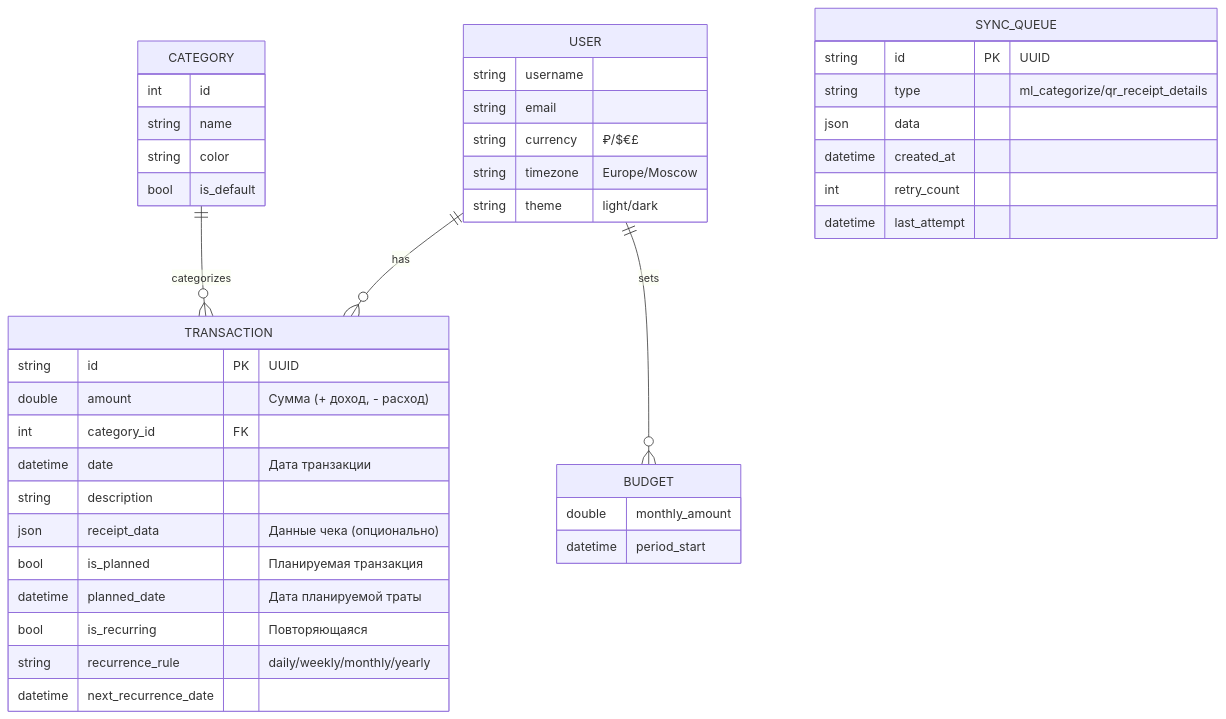
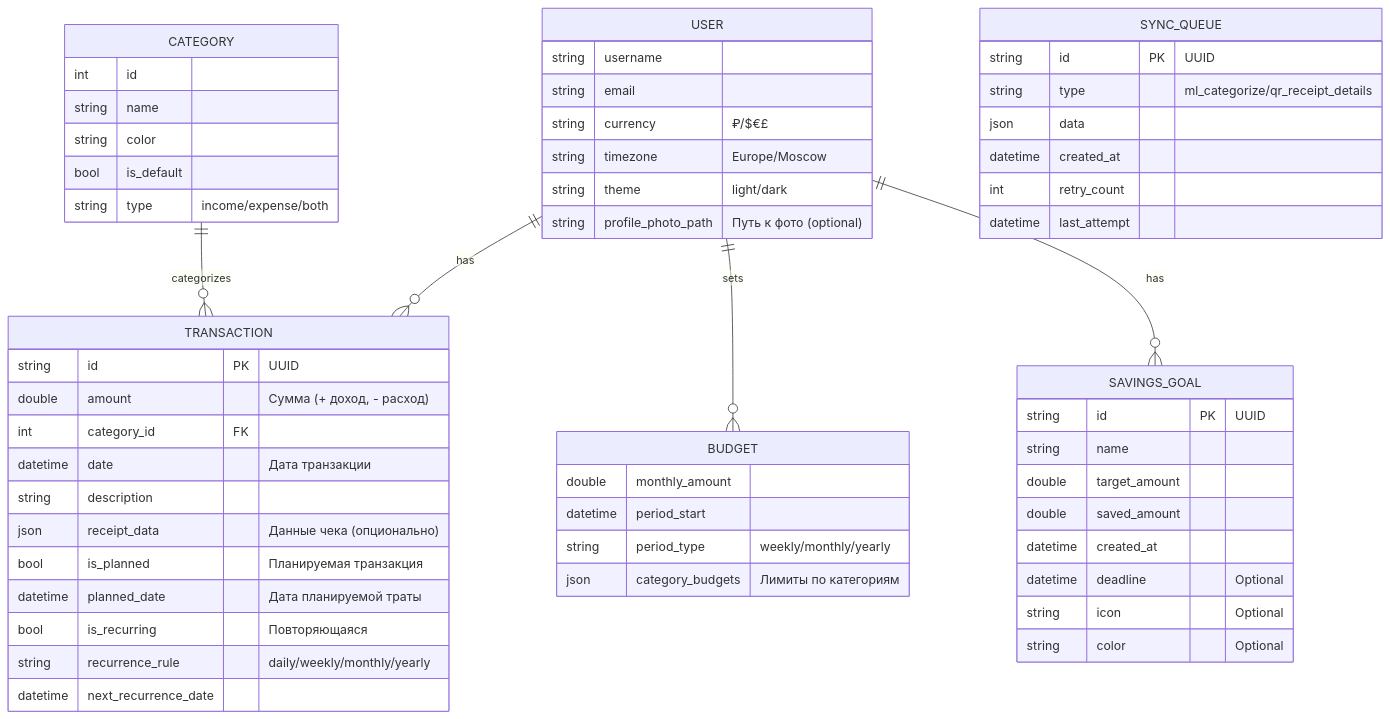
Before and after one commit to LiebeBleck/FinWise_v2: the third of 14 diagrams in README.md, drawn with Mermaid.

Commit message:
Fix ER diagram: add profilePhotoPath, periodType, categoryBudgets, SavingsGoal

````diff
--- a/README.md
+++ b/README.md
@@ -198,49 +198,65 @@
 ```mermaid
 erDiagram
     USER ||--o{ TRANSACTION : has
     USER ||--o{ BUDGET : sets
+    USER ||--o{ SAVINGS_GOAL : has
     CATEGORY ||--o{ TRANSACTION : categorizes
 
     USER {
         string username
         string email
         string currency "₽/$€£"
         string timezone "Europe/Moscow"
         string theme "light/dark"
+        string profile_photo_path "Путь к фото (optional)"
     }
 
     CATEGORY {
         int id
         string name
         string color
         bool is_default
+        string type "income/expense/both"
     }
 
     TRANSACTION {
         string id PK "UUID"
         double amount "Сумма (+ доход, - расход)"
         int category_id FK
         datetime date "Дата транзакции"
         string description
         json receipt_data "Данные чека (опционально)"
         bool is_planned "Планируемая транзакция"
         datetime planned_date "Дата планируемой траты"
         bool is_recurring "Повторяющаяся"
         string recurrence_rule "daily/weekly/monthly/yearly"
         datetime next_recurrence_date
     }
 
     BUDGET {
         double monthly_amount
         datetime period_start
+        string period_type "weekly/monthly/yearly"
+        json category_budgets "Лимиты по категориям"
+    }
+
+    SAVINGS_GOAL {
+        string id PK "UUID"
+        string name
+        double target_amount
+        double saved_amount
+        datetime created_at
+        datetime deadline "Optional"
+        string icon "Optional"
+        string color "Optional"
     }
 
     SYNC_QUEUE {
         string id PK "UUID"
         string type "ml_categorize/qr_receipt_details"
         json data
         datetime created_at
         int retry_count
         datetime last_attempt
     }
 ```
````
